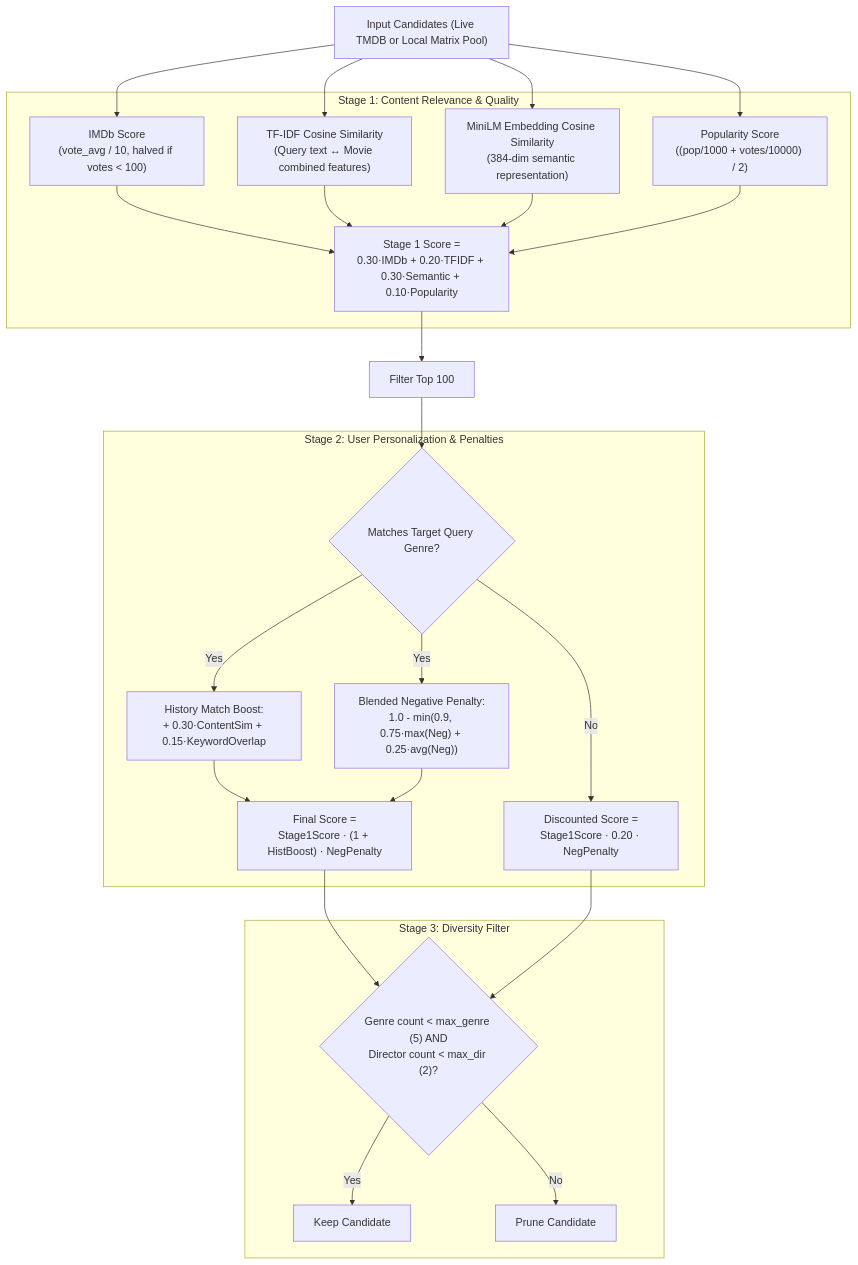
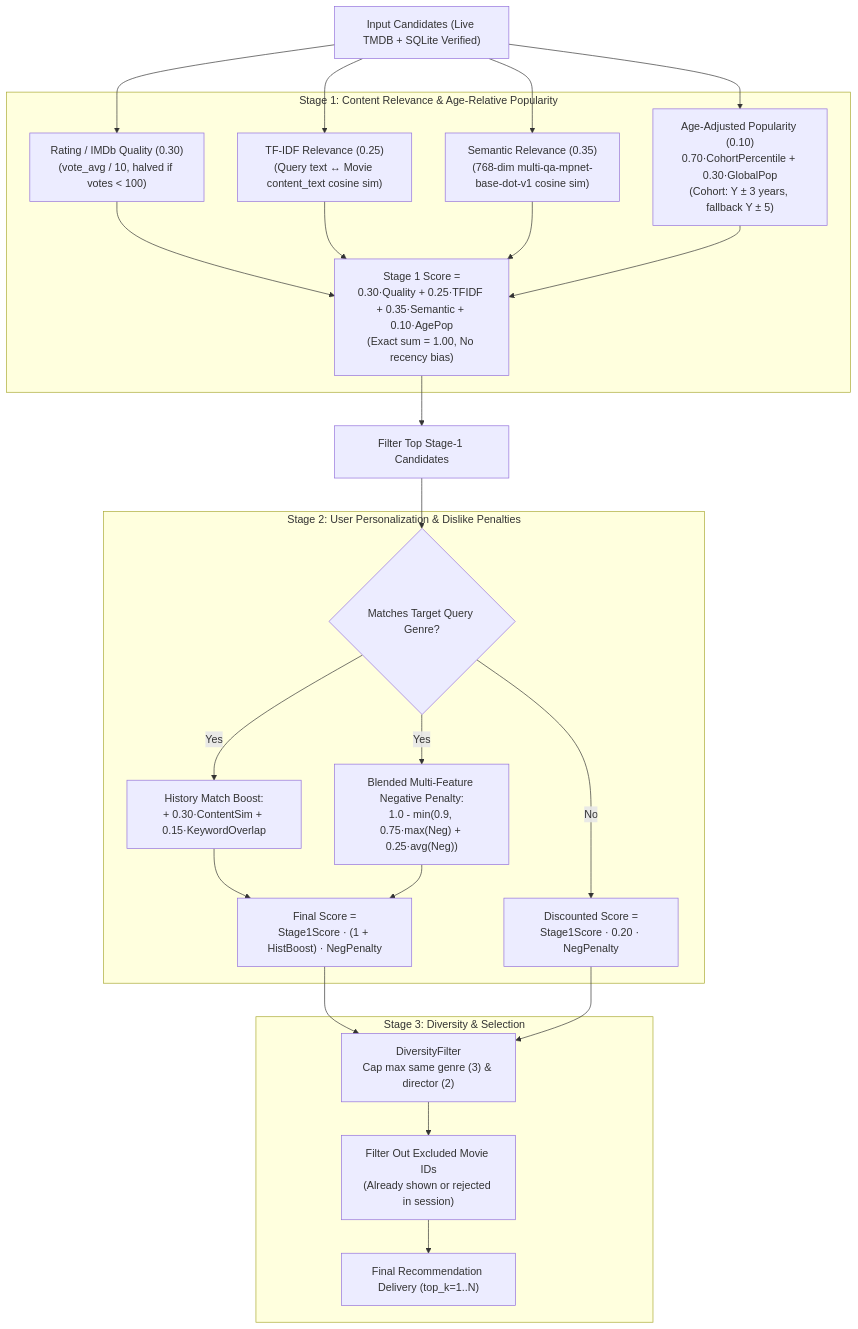
One commit to LiliesInLakes/techquest changed the third of 4 diagrams in ARCHITECTURE.md. Above: the diagram before and after it, drawn with Mermaid. The commit also changed other lines of this file and 70 other files, not shown here.

Commit message:
feat: complete recommender migration, age-relative ranking, asset bootstrap, and docs

````diff
--- a/ARCHITECTURE.md
+++ b/ARCHITECTURE.md
@@ -177,40 +204,40 @@
 ```mermaid
 flowchart TD
-    Candidates["Input Candidates (Live TMDB or Local Matrix Pool)"]
+    Candidates["Input Candidates (Live TMDB + SQLite Verified)"]
 
-    subgraph Stage1Calc ["Stage 1: Content Relevance & Quality"]
-        IMDb["IMDb Score\n(vote_avg / 10, halved if votes < 100)"]
-        TFIDF["TF-IDF Cosine Similarity\n(Query text ↔ Movie combined features)"]
-        Semantic["MiniLM Embedding Cosine Similarity\n(384-dim semantic representation)"]
-        Pop["Popularity Score\n((pop/1000 + votes/10000) / 2)"]
+    subgraph Stage1Calc ["Stage 1: Content Relevance & Age-Relative Popularity"]
+        RatingQuality["Rating / IMDb Quality (0.30)\n(vote_avg / 10, halved if votes < 100)"]
+        TFIDF["TF-IDF Relevance (0.25)\n(Query text ↔ Movie content_text cosine sim)"]
+        MPNet["Semantic Relevance (0.35)\n(768-dim multi-qa-mpnet-base-dot-v1 cosine sim)"]
+        AgePop["Age-Adjusted Popularity (0.10)\n0.70·CohortPercentile + 0.30·GlobalPop\n(Cohort: Y ± 3 years, fallback Y ± 5)"]
         
-        S1Score["Stage 1 Score =\n0.30·IMDb + 0.20·TFIDF + 0.30·Semantic + 0.10·Popularity"]
+        S1Score["Stage 1 Score =\n0.30·Quality + 0.25·TFIDF + 0.35·Semantic + 0.10·AgePop\n(Exact sum = 1.00, No recency bias)"]
     end
 
-    subgraph Stage2Calc ["Stage 2: User Personalization & Penalties"]
+    subgraph Stage2Calc ["Stage 2: User Personalization & Dislike Penalties"]
         HistBoost["History Match Boost:\n+ 0.30·ContentSim + 0.15·KeywordOverlap"]
-        NegPenalty["Blended Negative Penalty:\n1.0 - min(0.9, 0.75·max(Neg) + 0.25·avg(Neg))"]
+        NegPenalty["Blended Multi-Feature Negative Penalty:\n1.0 - min(0.9, 0.75·max(Neg) + 0.25·avg(Neg))"]
         GenreGate{"Matches Target Query Genre?"}
         
         S2Score["Final Score =\nStage1Score · (1 + HistBoost) · NegPenalty"]
         DiscountScore["Discounted Score =\nStage1Score · 0.20 · NegPenalty"]
     end
 
-    subgraph Diversity ["Stage 3: Diversity Filter"]
-        CapCheck{"Genre count < max_genre (5) AND\nDirector count < max_dir (2)?"}
-        Accept["Keep Candidate"]
-        Reject["Prune Candidate"]
+    subgraph SelectionStage ["Stage 3: Diversity & Selection"]
+        DiversityCheck["DiversityFilter\nCap max same genre (3) & director (2)"]
+        SessionExclude["Filter Out Excluded Movie IDs\n(Already shown or rejected in session)"]
+        FinalSelection["Final Recommendation Delivery (top_k=1..N)"]
     end
 
-    Candidates --> IMDb & TFIDF & Semantic & Pop
-    IMDb & TFIDF & Semantic & Pop --> S1Score
-    S1Score --> Top100Candidates["Filter Top 100"]
+    Candidates --> RatingQuality & TFIDF & MPNet & AgePop
+    RatingQuality & TFIDF & MPNet & AgePop --> S1Score
+    S1Score --> TopCandidatesList["Filter Top Stage-1 Candidates"]
     
-    Top100Candidates --> GenreGate
+    TopCandidatesList --> GenreGate
     GenreGate -- Yes --> HistBoost & NegPenalty --> S2Score
     GenreGate -- No --> DiscountScore
     
-    S2Score & DiscountScore --> CapCheck
-    CapCheck -- Yes --> Accept
-    CapCheck -- No --> Reject
+    S2Score & DiscountScore --> DiversityCheck
+    DiversityCheck --> SessionExclude
+    SessionExclude --> FinalSelection
 ```
````
